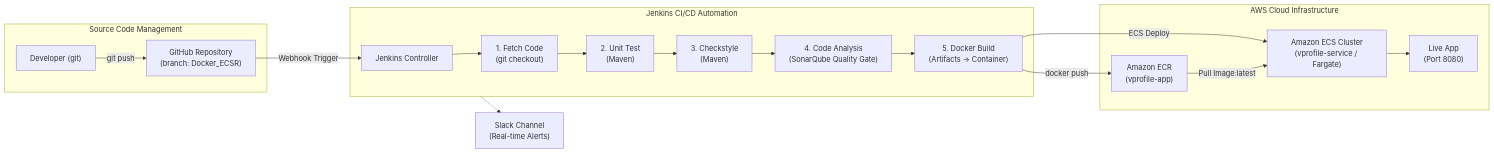
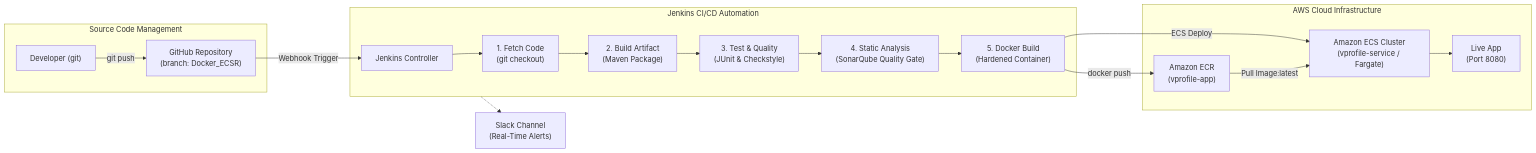
One commit to gawadeAnkit/Jenkins changed the diagram in README.md. Above: the diagram before and after it, drawn with Mermaid. The commit also changed other lines of this file and 214 other files, not shown here.

````diff
--- a/README.md
+++ b/README.md
@@ -23,25 +23,25 @@
 ```mermaid
 flowchart LR
     subgraph DevEnv["Source Code Management"]
         Dev["Developer (git)"] -->|git push| GitHub["GitHub Repository\n(branch: Docker_ECSR)"]
     end
 
     subgraph CI["Jenkins CI/CD Automation"]
         GitHub -->|Webhook Trigger| Jenkins["Jenkins Controller"]
         
         Jenkins --> S1["1. Fetch Code\n(git checkout)"]
-        S1 --> S2["2. Unit Test\n(Maven)"]
-        S2 --> S3["3. Checkstyle\n(Maven)"]
-        S3 --> S4["4. Code Analysis\n(SonarQube Quality Gate)"]
-        S4 --> S5["5. Docker Build\n(Artifacts -> Container)"]
+        S1 --> S2["2. Build Artifact\n(Maven Package)"]
+        S2 --> S3["3. Test & Quality\n(JUnit & Checkstyle)"]
+        S3 --> S4["4. Static Analysis\n(SonarQube Quality Gate)"]
+        S4 --> S5["5. Docker Build\n(Hardened Container)"]
     end
 
     subgraph AWS["AWS Cloud Infrastructure"]
         S5 -->|docker push| ECR["Amazon ECR\n(vprofile-app)"]
         S5 -->|ECS Deploy| ECS["Amazon ECS Cluster\n(vprofile-service / Fargate)"]
         ECR -->|Pull Image:latest| ECS
         ECS --> App["Live App\n(Port 8080)"]
     end
 
-    CI -.-> Slack["Slack Channel\n(Real-time Alerts)"]
+    CI -.-> Slack["Slack Channel\n(Real-Time Alerts)"]
 ```
````
